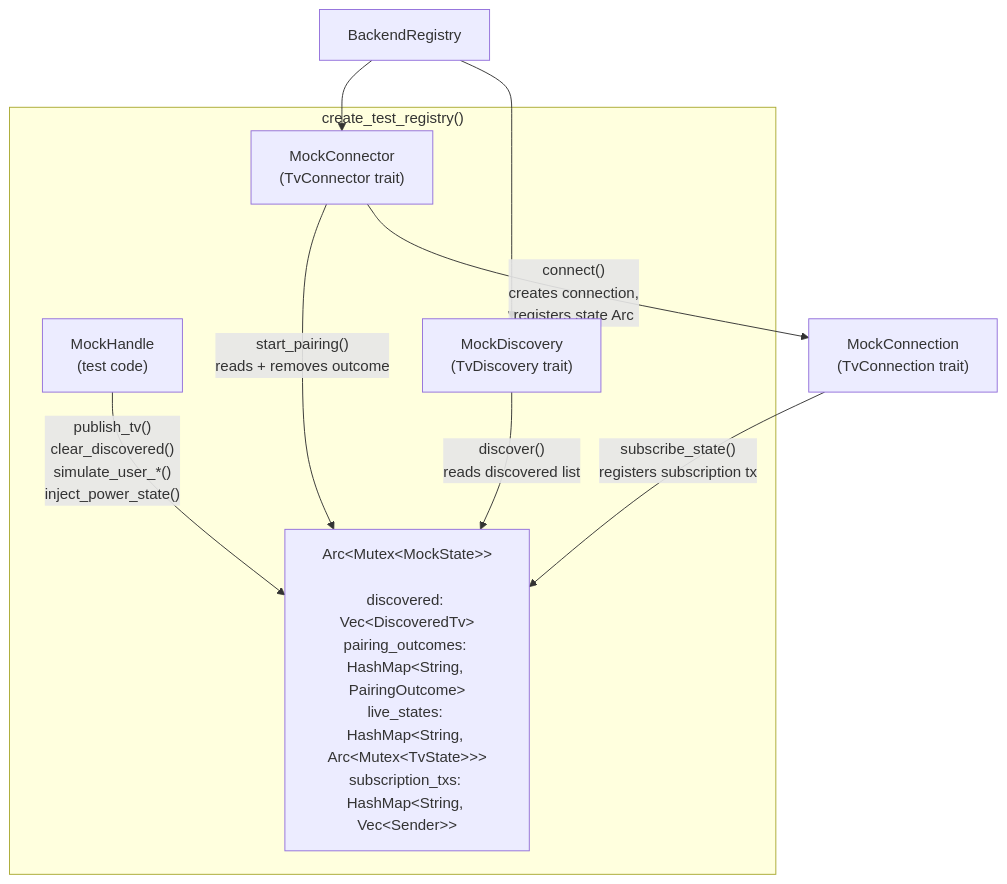
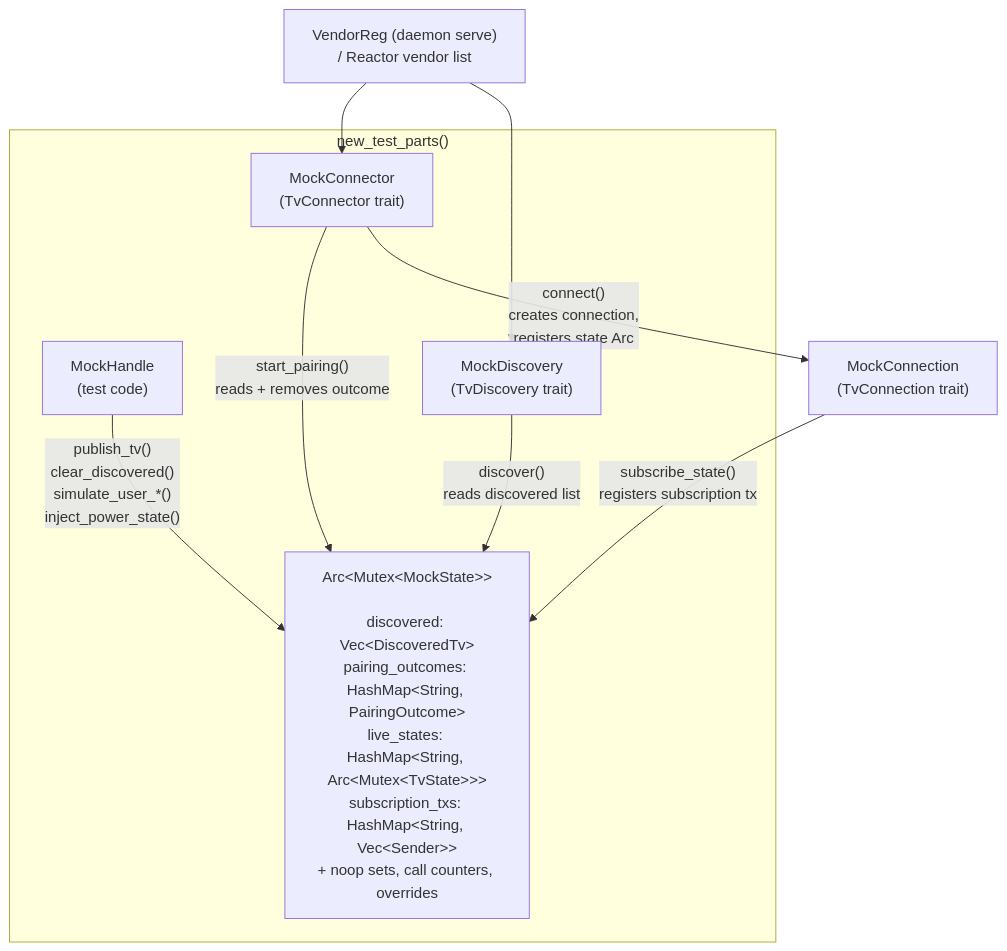
One commit to TisVlay/TisVlay changed the second of 5 diagrams in docs/testing.md. Above: the diagram before and after it, drawn with Mermaid. The commit also changed other lines of this file and 42 other files, not shown here.

````diff
--- a/docs/testing.md
+++ b/docs/testing.md
@@ -166,25 +151,25 @@
 ```mermaid
 flowchart TD
-    STATE["Arc&lt;Mutex&lt;MockState&gt;&gt;<br/><br/>discovered: Vec&lt;DiscoveredTv&gt;<br/>pairing_outcomes: HashMap&lt;String, PairingOutcome&gt;<br/>live_states: HashMap&lt;String, Arc&lt;Mutex&lt;TvState&gt;&gt;&gt;<br/>subscription_txs: HashMap&lt;String, Vec&lt;Sender&gt;&gt;"]
+    STATE["Arc&lt;Mutex&lt;MockState&gt;&gt;<br/><br/>discovered: Vec&lt;DiscoveredTv&gt;<br/>pairing_outcomes: HashMap&lt;String, PairingOutcome&gt;<br/>live_states: HashMap&lt;String, Arc&lt;Mutex&lt;TvState&gt;&gt;&gt;<br/>subscription_txs: HashMap&lt;String, Vec&lt;Sender&gt;&gt;<br/>+ noop sets, call counters, overrides"]
 
     HANDLE["MockHandle<br/>(test code)"]
     CONN["MockConnector<br/>(TvConnector trait)"]
     DISC["MockDiscovery<br/>(TvDiscovery trait)"]
     MC["MockConnection<br/>(TvConnection trait)"]
 
     HANDLE -- "publish_tv()<br/>clear_discovered()<br/>simulate_user_*()<br/>inject_power_state()" --> STATE
     CONN -- "start_pairing()<br/>reads + removes outcome" --> STATE
     CONN -- "connect()<br/>creates connection,<br/>registers state Arc" --> MC
     MC -- "subscribe_state()<br/>registers subscription tx" --> STATE
     DISC -- "discover()<br/>reads discovered list" --> STATE
 
-    REG["BackendRegistry"] --> CONN
+    REG["VendorReg (daemon serve)<br/>/ Reactor vendor list"] --> CONN
     REG --> DISC
 
-    subgraph "create_test_registry()"
+    subgraph "new_test_parts()"
         STATE
         HANDLE
         CONN
         DISC
     end
 ```
````
